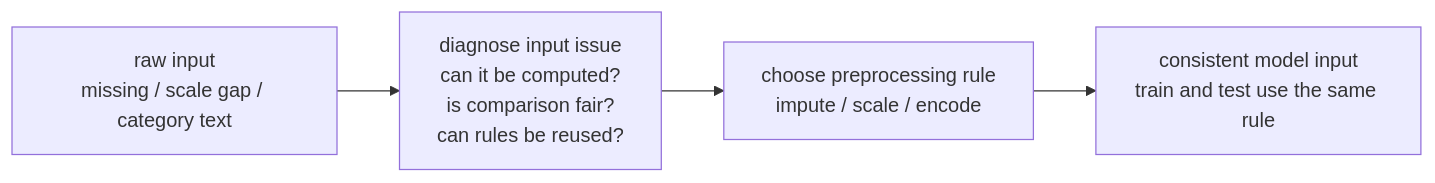
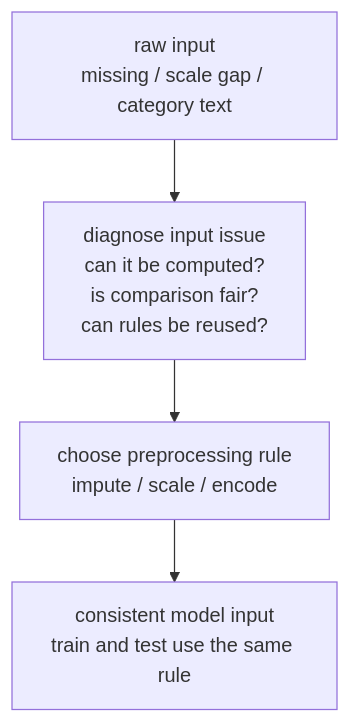
One commit to devchan64/AiBook changed the second of 3 diagrams in docs/parts/part-03/chapter-07/section-02.md. Above: the diagram before and after it, drawn with Mermaid. The commit also changed other lines of this file and 62 other files, not shown here.

````diff
--- a/docs/parts/part-03/chapter-07/section-02.md
+++ b/docs/parts/part-03/chapter-07/section-02.md
@@ -268,9 +268,11 @@
 ```mermaid
-flowchart LR
+flowchart TB
   A["raw input<br/>missing / scale gap / category text"]
   B["diagnose input issue<br/>can it be computed?<br/>is comparison fair?<br/>can rules be reused?"]
   C["choose preprocessing rule<br/>impute / scale / encode"]
   D["consistent model input<br/>train and test use the same rule"]
 
-  A --> B --> C --> D
+  A --> B
+  B --> C
+  C --> D
 ```
````
